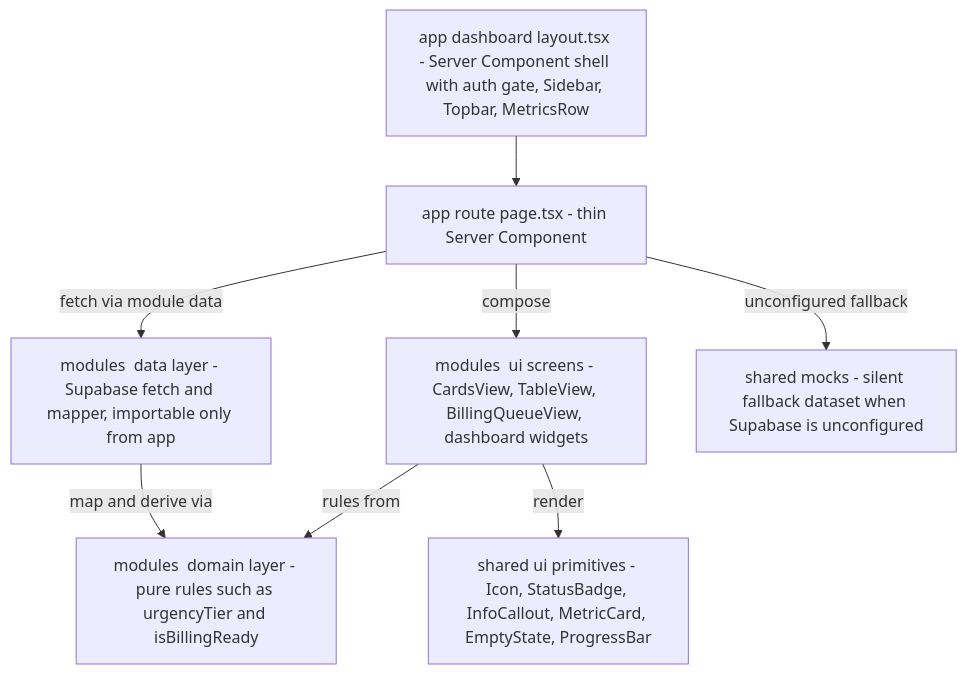
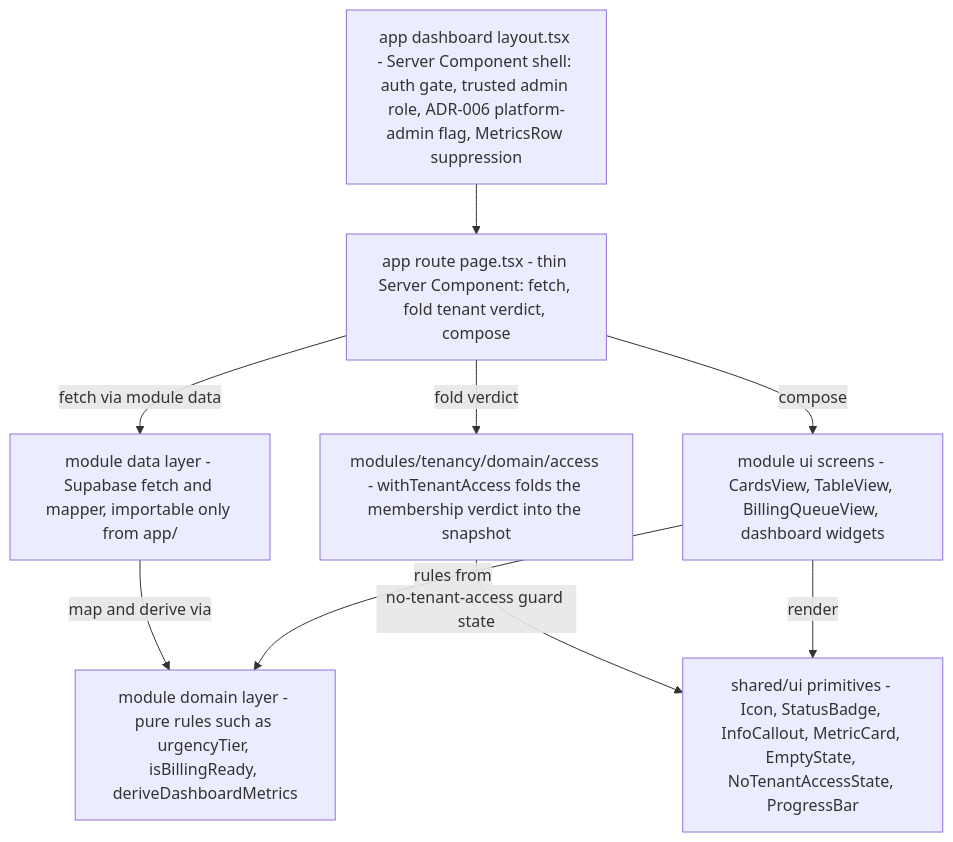
The first of 2 diagrams in openwiki/architecture/design-system.md (shuakyle21/tesda-compliance-manager), drawn with Mermaid before and after one commit. The commit also changed other lines of this file and 5 other files, not shown here.

````diff
--- a/openwiki/architecture/design-system.md
+++ b/openwiki/architecture/design-system.md
@@ -81,18 +154,19 @@
 ```mermaid
 flowchart TD
-    layout["app dashboard layout.tsx - Server Component shell with auth gate, Sidebar, Topbar, MetricsRow"]
-    route["app route page.tsx - thin Server Component"]
-    data["modules <domain> data layer - Supabase fetch and mapper, importable only from app"]
-    domain["modules <domain> domain layer - pure rules such as urgencyTier and isBillingReady"]
-    screen["modules <domain> ui screens - CardsView, TableView, BillingQueueView, dashboard widgets"]
-    prim["shared ui primitives - Icon, StatusBadge, InfoCallout, MetricCard, EmptyState, ProgressBar"]
-    mocks["shared mocks - silent fallback dataset when Supabase is unconfigured"]
+    layout["app dashboard layout.tsx - Server Component shell: auth gate, trusted admin role, ADR-006 platform-admin flag, MetricsRow suppression"]
+    route["app route page.tsx - thin Server Component: fetch, fold tenant verdict, compose"]
+    data["module data layer - Supabase fetch and mapper, importable only from app/"]
+    access["modules/tenancy/domain/access - withTenantAccess folds the membership verdict into the snapshot"]
+    domain["module domain layer - pure rules such as urgencyTier, isBillingReady, deriveDashboardMetrics"]
+    screen["module ui screens - CardsView, TableView, BillingQueueView, dashboard widgets"]
+    prim["shared/ui primitives - Icon, StatusBadge, InfoCallout, MetricCard, EmptyState, NoTenantAccessState, ProgressBar"]
 
     layout --> route
     route -->|"fetch via module data"| data
+    route -->|"fold verdict"| access
     route -->|"compose"| screen
-    route -->|"unconfigured fallback"| mocks
     data -->|"map and derive via"| domain
+    access -->|"no-tenant-access guard state"| prim
     screen -->|"render"| prim
     screen -->|"rules from"| domain
 ```
````
